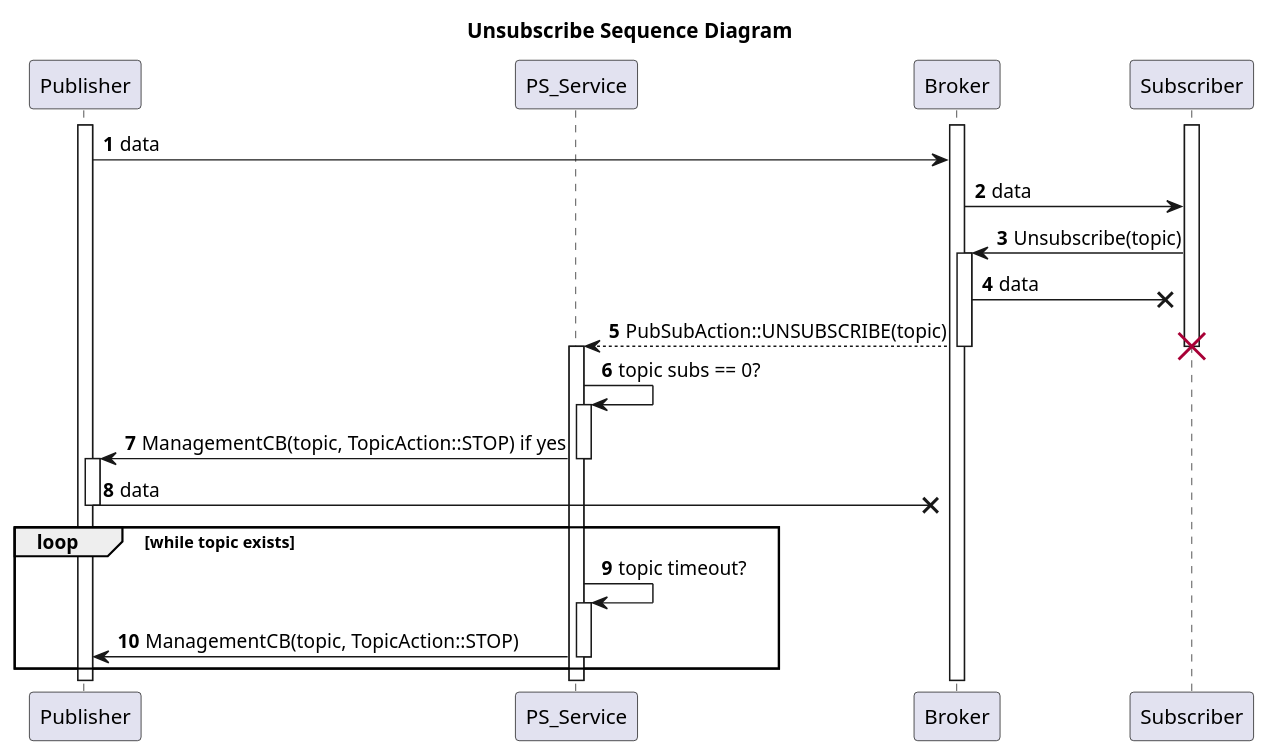
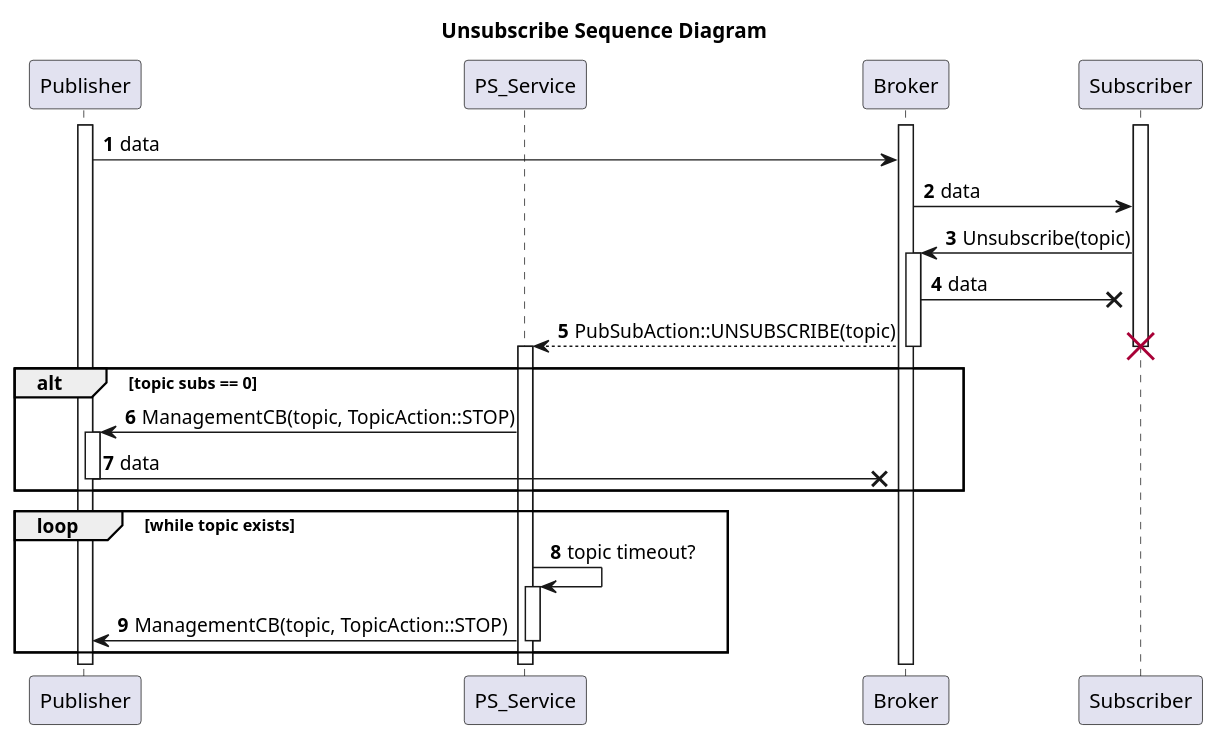
Before and after one commit to eclipse-chariott/Agemo: the diagram in docs/diagrams/unsubscribe_sequence.puml, drawn with PlantUML. The commit also changed 5 other files, not shown here.

Commit message:
updated sequence diagrams with suggested change

```diff
--- a/docs/diagrams/unsubscribe_sequence.puml
+++ b/docs/diagrams/unsubscribe_sequence.puml
@@ -1,31 +1,30 @@
 @startuml unsubscribe sequence diagram
 title Unsubscribe Sequence Diagram
 autonumber
 activate Publisher
 participant PS_Service
 activate Broker
 activate Subscriber
 
 Publisher -> Broker : data
 Broker -> Subscriber : data
 Subscriber -> Broker : Unsubscribe(topic)
 activate Broker
 Broker ->x Subscriber: data
 Broker --> PS_Service : PubSubAction::UNSUBSCRIBE(topic)
 deactivate Broker
 destroy Subscriber
 activate PS_Service
-PS_Service -> PS_Service : topic subs == 0?
-activate PS_Service
-PS_Service -> Publisher : ManagementCB(topic, TopicAction::STOP) if yes
-deactivate PS_Service
-activate Publisher
-Publisher ->x Broker : data
-deactivate Publisher
+alt topic subs == 0
+    PS_Service -> Publisher : ManagementCB(topic, TopicAction::STOP)
+    activate Publisher
+    Publisher ->x Broker : data
+    deactivate Publisher
+end
 loop while topic exists
     PS_Service -> PS_Service : topic timeout?
     activate PS_Service
     PS_Service -> Publisher : ManagementCB(topic, TopicAction::STOP)
     deactivate PS_Service
 end
 @enduml
```
